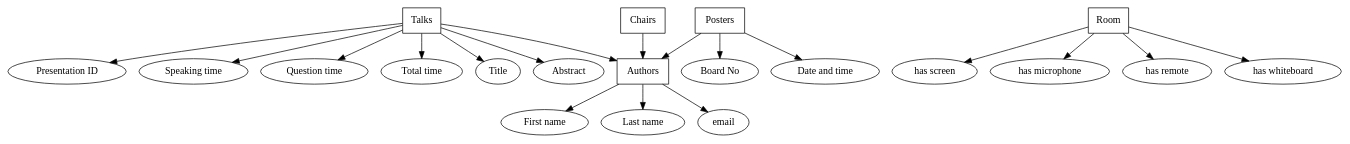
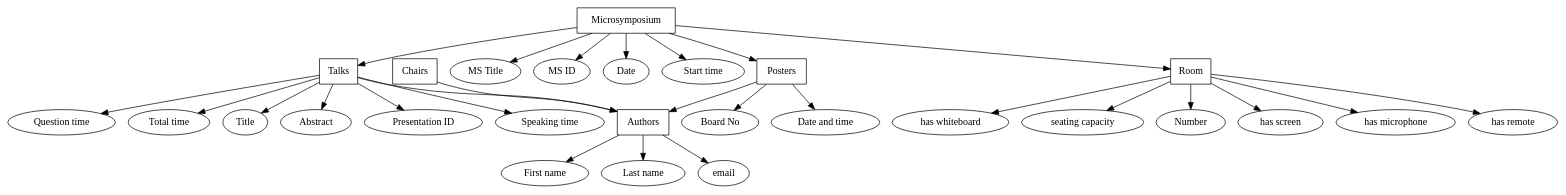
One commit to Edan97/Demonstration_Dictionary changed the diagram in Concept/first_graph.dot. Above: the diagram before and after it, drawn with Graphviz. The commit also changed 2 other files, not shown here.

Commit message:
Update to include microsymposium as an explicit item.

```diff
--- a/Concept/first_graph.dot
+++ b/Concept/first_graph.dot
@@ -1,25 +1,35 @@
 digraph G {
 "Talks" [shape="box"]
 "Authors" [shape="box"]
 "Posters" [shape="box"]
 "Room" [shape="box"]
 "Chairs" [shape="box"]
+"Microsymposium" [shape="box"]
+"Microsymposium" -> "MS Title"
+"Microsymposium" -> "MS ID"
+"Microsymposium" -> "Date"
+"Microsymposium" -> "Start time"
+"Microsymposium" -> "Room"
+"Microsymposium" -> "Talks"
+"Microsymposium" -> "Posters"
 "Talks" -> "Presentation ID"
 "Talks" -> "Authors"
 "Talks" -> "Speaking time"
 "Talks" -> "Question time"
 "Talks" -> "Total time"
 "Talks" -> "Title"
 "Talks" -> "Abstract"
 "Authors" -> "First name"
 "Authors" -> "Last name"
 "Authors" -> "email"
 "Chairs" -> "Authors"
 "Posters" -> "Authors"
 "Posters" -> "Board No"
 "Posters" -> "Date and time"
 "Room" -> "has screen"
 "Room" -> "has microphone"
 "Room" -> "has remote"
 "Room" -> "has whiteboard"
+"Room" -> "seating capacity"
+"Room" -> "Number"
 }
```
